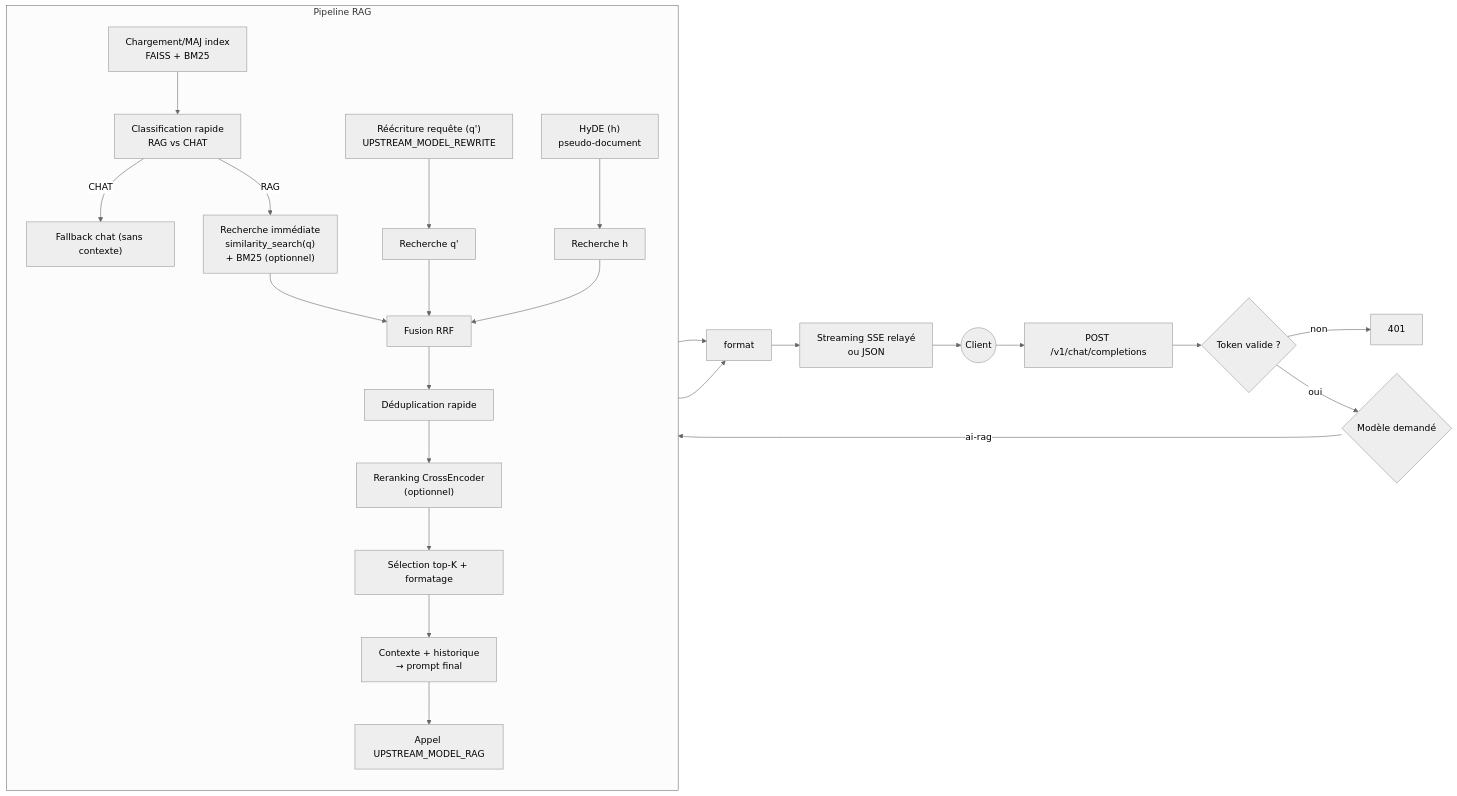
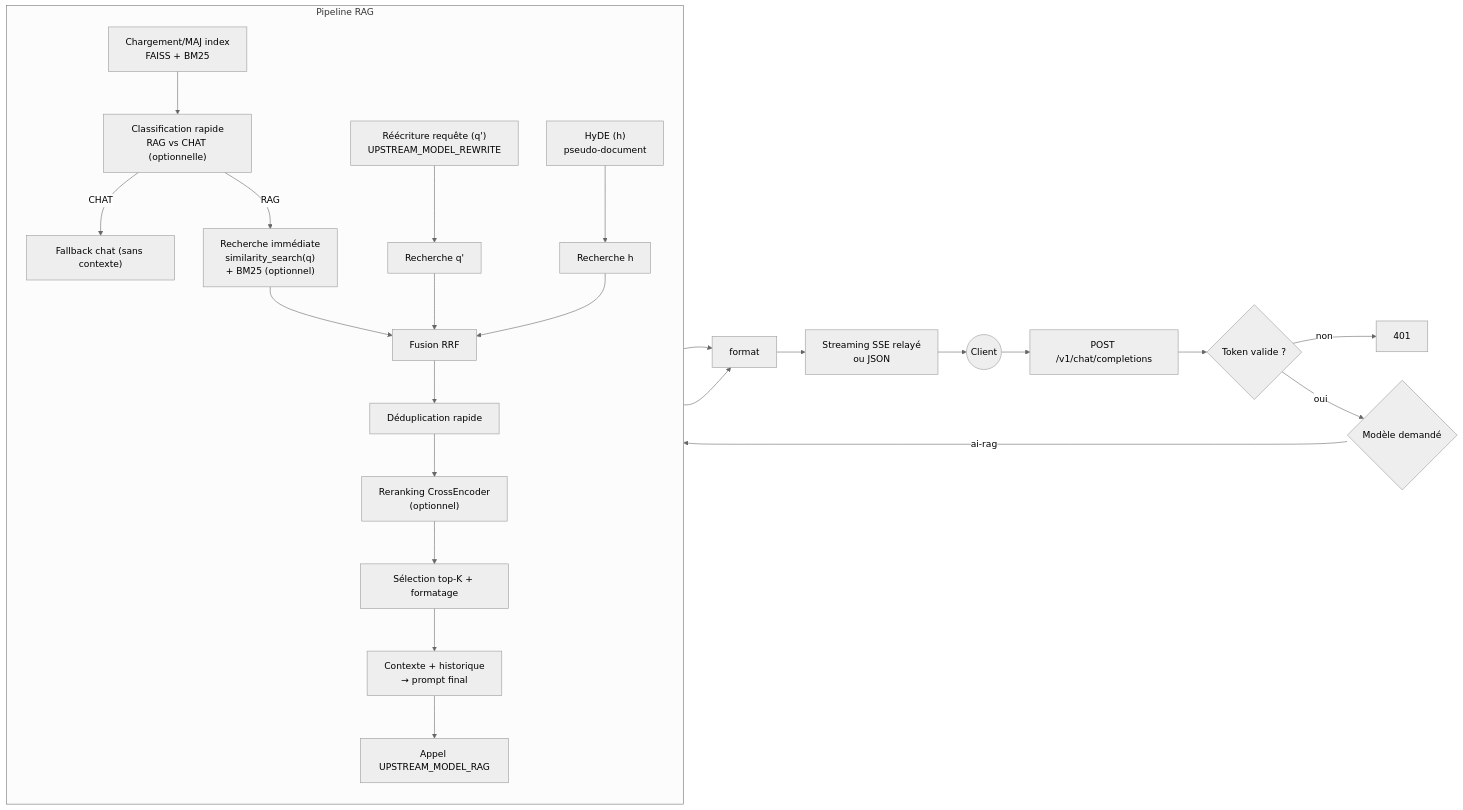
One commit to ynotopec/api-rag changed the diagram in README.md. Above: the diagram before and after it, drawn with Mermaid (neutral theme). The commit also changed other lines of this file and 1 other file, not shown here.

Commit message:
Enable query classification by default and sync docs

````diff
--- a/README.md
+++ b/README.md
@@ -40,40 +41,40 @@
 ```mermaid
 flowchart LR
     client((Client)) --> req["POST /v1/chat/completions"]
     req --> auth{Token valide ?}
     auth -->|non| err[401]
     auth -->|oui| dispatch{Modèle demandé}
 
     subgraph rag[Pipeline RAG]
         direction TB
         ensure["Chargement/MAJ index<br/>FAISS + BM25"]
-        classify["Classification rapide<br/>RAG vs CHAT"]
+        classify["Classification rapide<br/>RAG vs CHAT (optionnelle)"]
         original["Recherche immédiate<br/>similarity_search(q)<br/>+ BM25 (optionnel)"]
         rewrite["Réécriture requête (q')<br/>UPSTREAM_MODEL_REWRITE"]
         hyde["HyDE (h)<br/>pseudo-document"]
         search_rewrite["Recherche q'"]
         search_hyde["Recherche h"]
         fusion["Fusion RRF"]
         dedup["Déduplication rapide"]
         rerank["Reranking CrossEncoder<br/>(optionnel)"]
         topk["Sélection top‑K + formatage"]
         prompt["Contexte + historique<br/>→ prompt final"]
         rag_call["Appel UPSTREAM_MODEL_RAG"]
         fallback["Fallback chat (sans contexte)"]
         ensure --> classify
         classify -->|CHAT| fallback
         classify -->|RAG| original
         original --> fusion
         rewrite --> search_rewrite
         hyde --> search_hyde
         search_rewrite --> fusion
         search_hyde --> fusion
         fusion --> dedup --> rerank --> topk --> prompt --> rag_call
     end
 
     dispatch -->|ai-rag| ensure
     rag_call --> format
     fallback --> format
     format --> stream["Streaming SSE relayé<br/>ou JSON"]
     stream --> client
 ```
````
